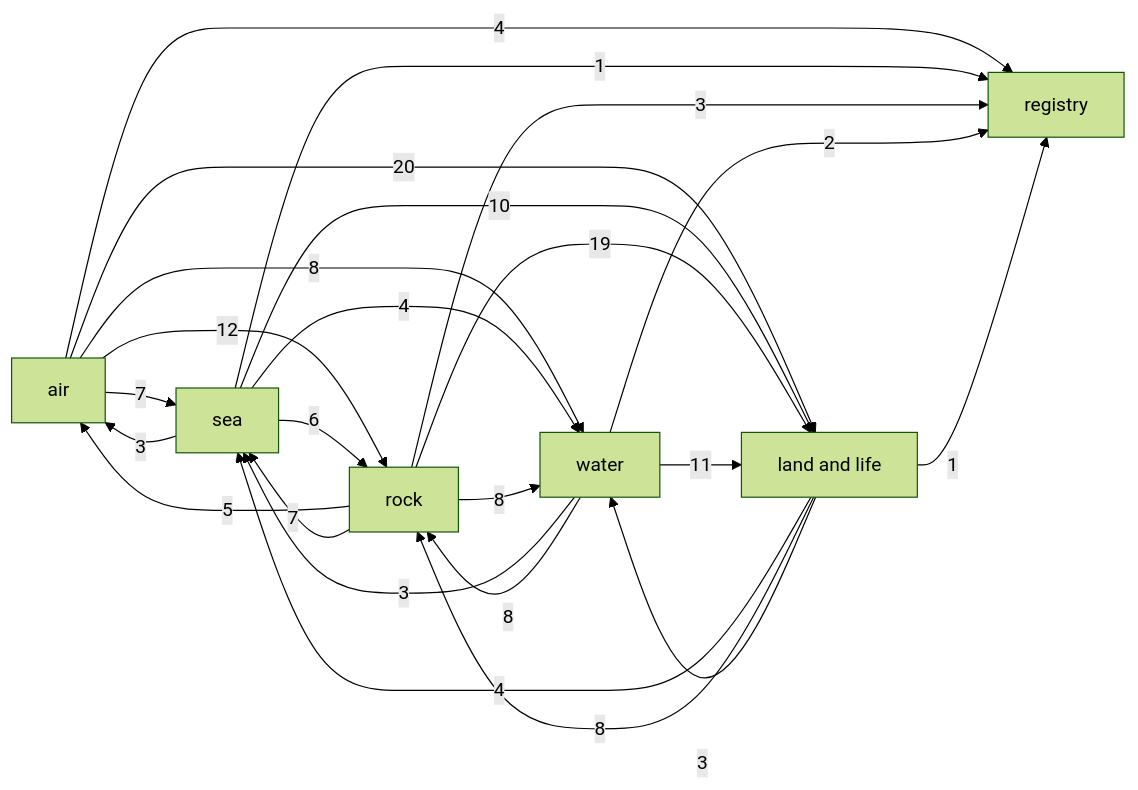
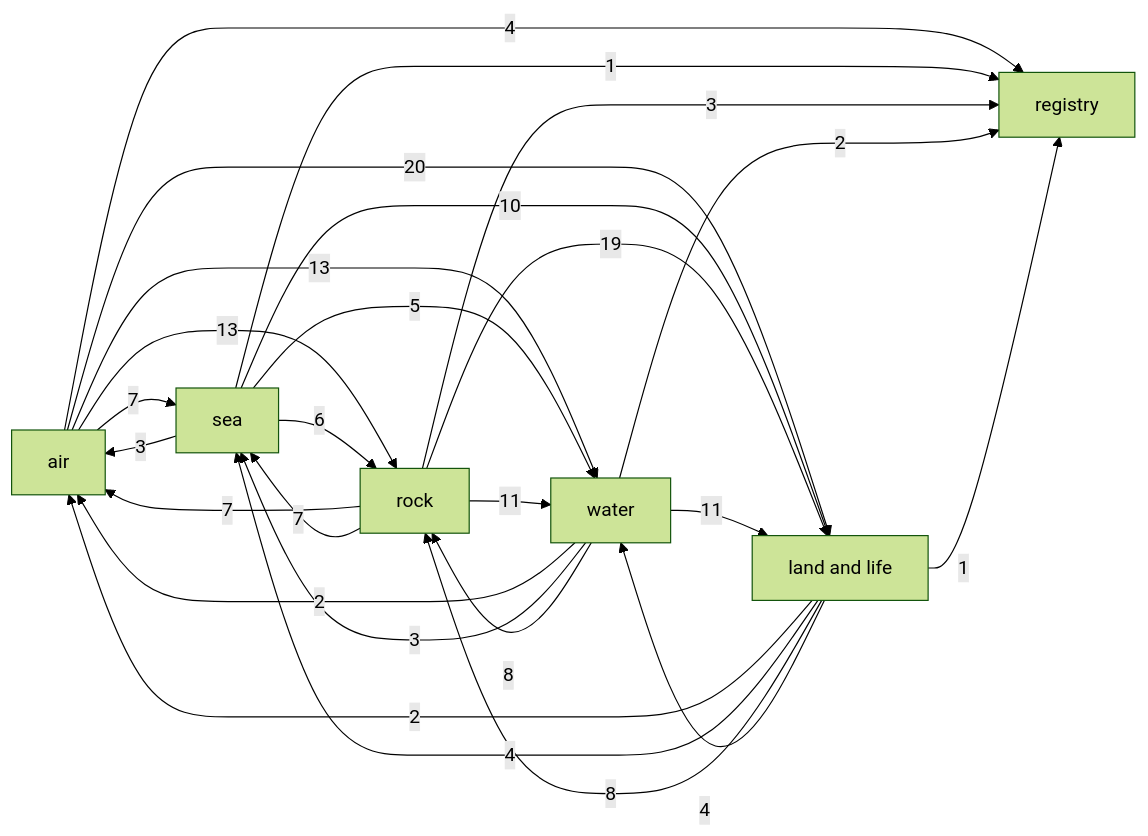
The diagram in docs/couplings.md (LukasSelin/terra), drawn with Mermaid (forest theme) before and after one commit. The commit also changed other lines of this file and 18 other files, not shown here.

````diff
--- a/docs/couplings.md
+++ b/docs/couplings.md
@@ -36,32 +37,34 @@
 ```mermaid
 flowchart LR
   air[air]
   sea[sea]
   rock[rock]
   water[water]
   land_and_life[land and life]
   registry[registry]
   air -- 7 --> sea
-  air -- 12 --> rock
-  air -- 8 --> water
+  air -- 13 --> rock
+  air -- 13 --> water
   air -- 20 --> land_and_life
   air -- 4 --> registry
   sea -- 3 --> air
   sea -- 6 --> rock
-  sea -- 4 --> water
+  sea -- 5 --> water
   sea -- 10 --> land_and_life
   sea -- 1 --> registry
-  rock -- 5 --> air
+  rock -- 7 --> air
   rock -- 7 --> sea
-  rock -- 8 --> water
+  rock -- 11 --> water
   rock -- 19 --> land_and_life
   rock -- 3 --> registry
+  water -- 2 --> air
   water -- 3 --> sea
   water -- 8 --> rock
   water -- 11 --> land_and_life
   water -- 2 --> registry
+  land_and_life -- 2 --> air
   land_and_life -- 4 --> sea
   land_and_life -- 8 --> rock
-  land_and_life -- 3 --> water
+  land_and_life -- 4 --> water
   land_and_life -- 1 --> registry
 ```
````
